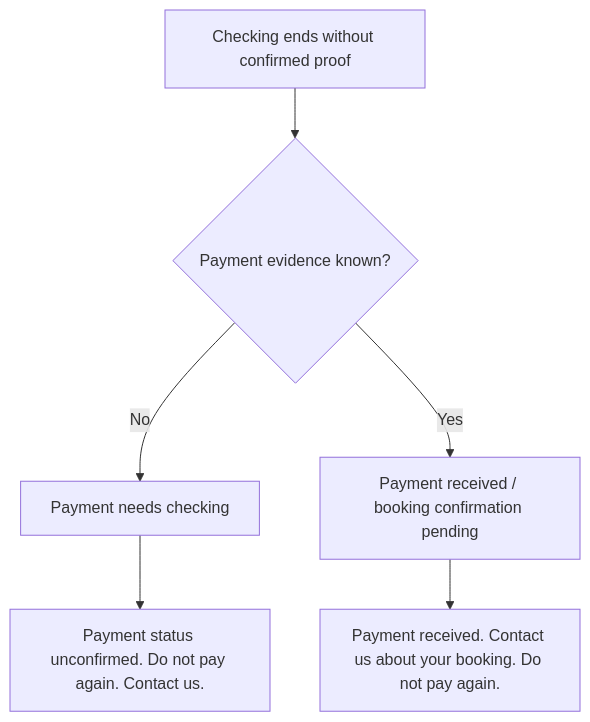
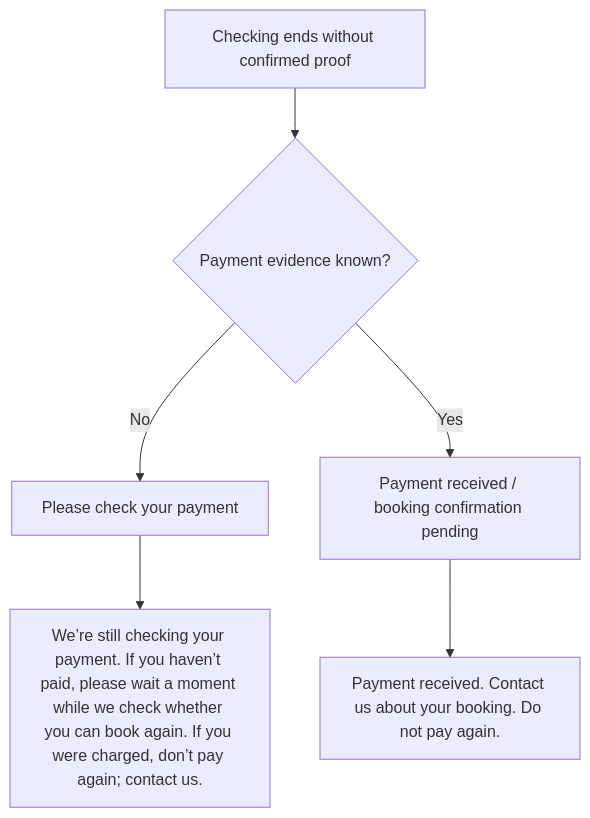
Diagram 12 of 19 in docs/booking-flows.md (soccerbotstudiosg/soccerbotstudioSG), drawn with Mermaid before and after one commit. The commit also changed other lines of this file and 41 other files, not shown here.

````diff
--- a/docs/booking-flows.md
+++ b/docs/booking-flows.md
@@ -164,8 +164,8 @@
 ```mermaid
 flowchart TD
   A["Checking ends without confirmed proof"] --> B{"Payment evidence known?"}
-  B -->|No| C["Payment needs checking"]
-  C --> D["Payment status unconfirmed. Do not pay again. Contact us."]
+  B -->|No| C["Please check your payment"]
+  C --> D["We’re still checking your payment. If you haven’t paid, please wait a moment while we check whether you can book again. If you were charged, don’t pay again; contact us."]
   B -->|Yes| E["Payment received / booking confirmation pending"]
   E --> F["Payment received. Contact us about your booking. Do not pay again."]
 ```
````
